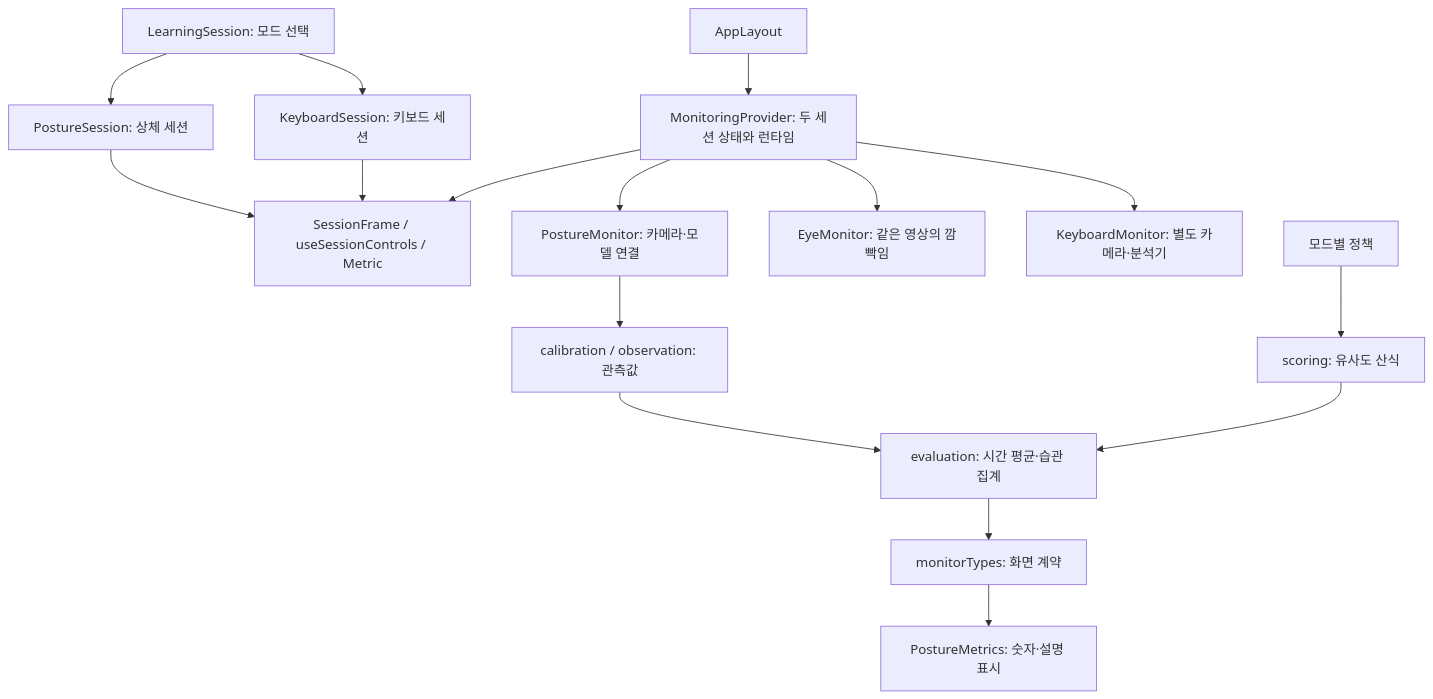
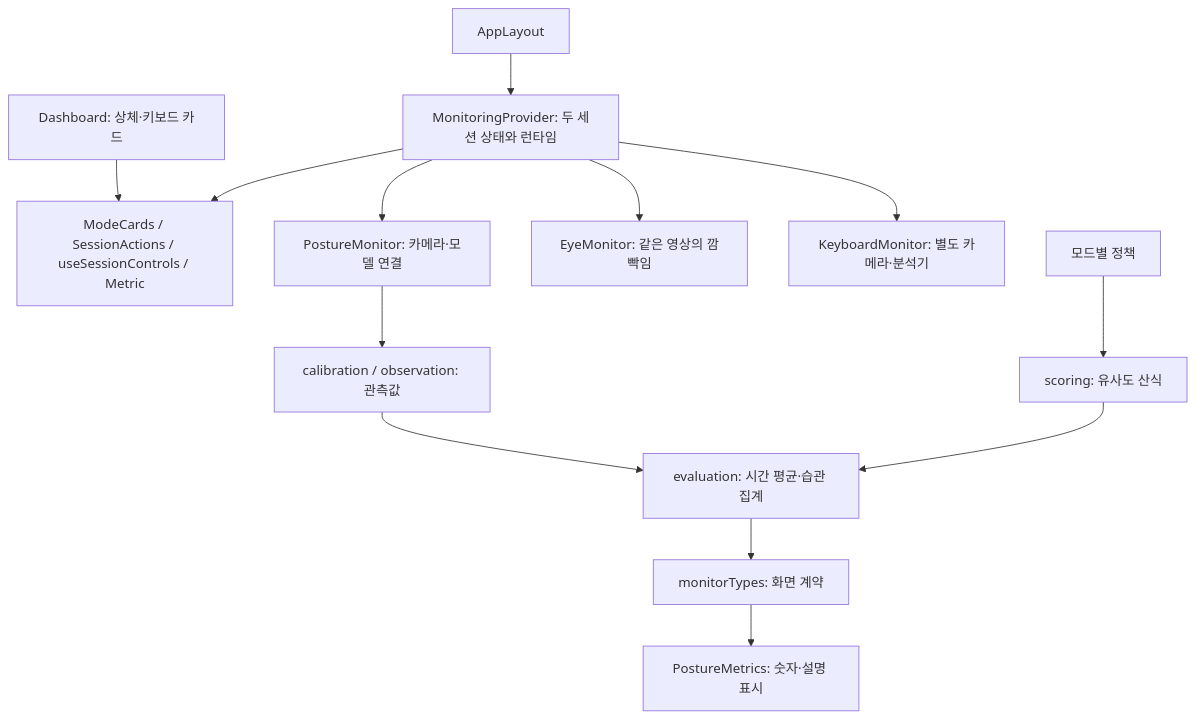
Before and after one commit to Attraaa/Graduation-Project: the diagram in docs/collaboration.md, drawn with Mermaid. The commit also changed other lines of this file and 30 other files, not shown here.

````diff
--- a/docs/collaboration.md
+++ b/docs/collaboration.md
@@ -5,18 +5,15 @@
 ```mermaid
 flowchart TD
-  Route[LearningSession: 모드 선택] --> PS[PostureSession: 상체 세션]
-  Route --> KS[KeyboardSession: 키보드 세션]
-  PS --> Shared[SessionFrame / useSessionControls / Metric]
-  KS --> Shared
+  Home[Dashboard: 상체·키보드 카드] --> Shared[ModeCards / SessionActions / useSessionControls / Metric]
   App[AppLayout] --> Runtime[MonitoringProvider: 두 세션 상태와 런타임]
   Runtime --> Monitor[PostureMonitor: 카메라·모델 연결]
   Runtime --> Eye[EyeMonitor: 같은 영상의 깜빡임]
   Runtime --> Keys[KeyboardMonitor: 별도 카메라·분석기]
   Runtime --> Shared
   Monitor --> Geometry[calibration / observation: 관측값]
   Geometry --> Eval[evaluation: 시간 평균·습관 집계]
   Policy[모드별 정책] --> Score[scoring: 유사도 산식]
   Score --> Eval
   Eval --> Snapshot[monitorTypes: 화면 계약]
   Snapshot --> Metrics[PostureMetrics: 숫자·설명 표시]
 ```
````
